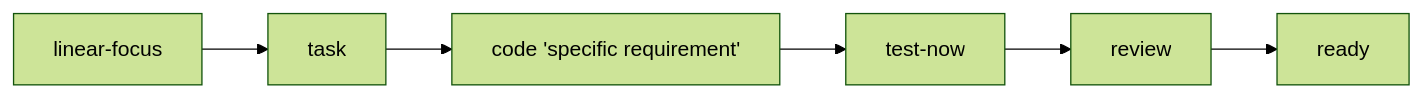
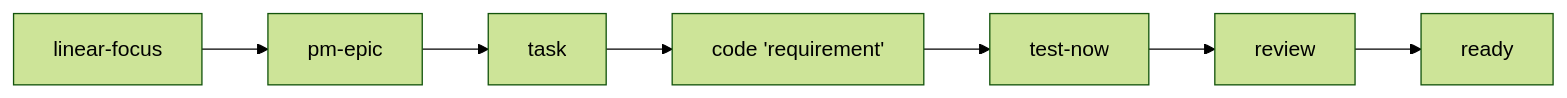
Before and after one commit to vitamin33/threads-agent: the first of 2 diagrams in CLAUDE_CODE_GUIDE.md, drawn with Mermaid (forest theme). The commit also changed other lines of this file and 4 other files, not shown here.

````diff
--- a/CLAUDE_CODE_GUIDE.md
+++ b/CLAUDE_CODE_GUIDE.md
@@ -196,8 +217,9 @@
 ```mermaid
 graph LR
-    A[linear-focus] --> B[task]
-    B --> C[code 'specific requirement']
-    C --> D[test-now]
-    D --> E[review]
-    E --> F[ready]
+    A[linear-focus] --> B[pm-epic]
+    B --> C[task]
+    C --> D[code 'requirement']
+    D --> E[test-now]
+    E --> F[review]
+    F --> G[ready]
 ```
````
